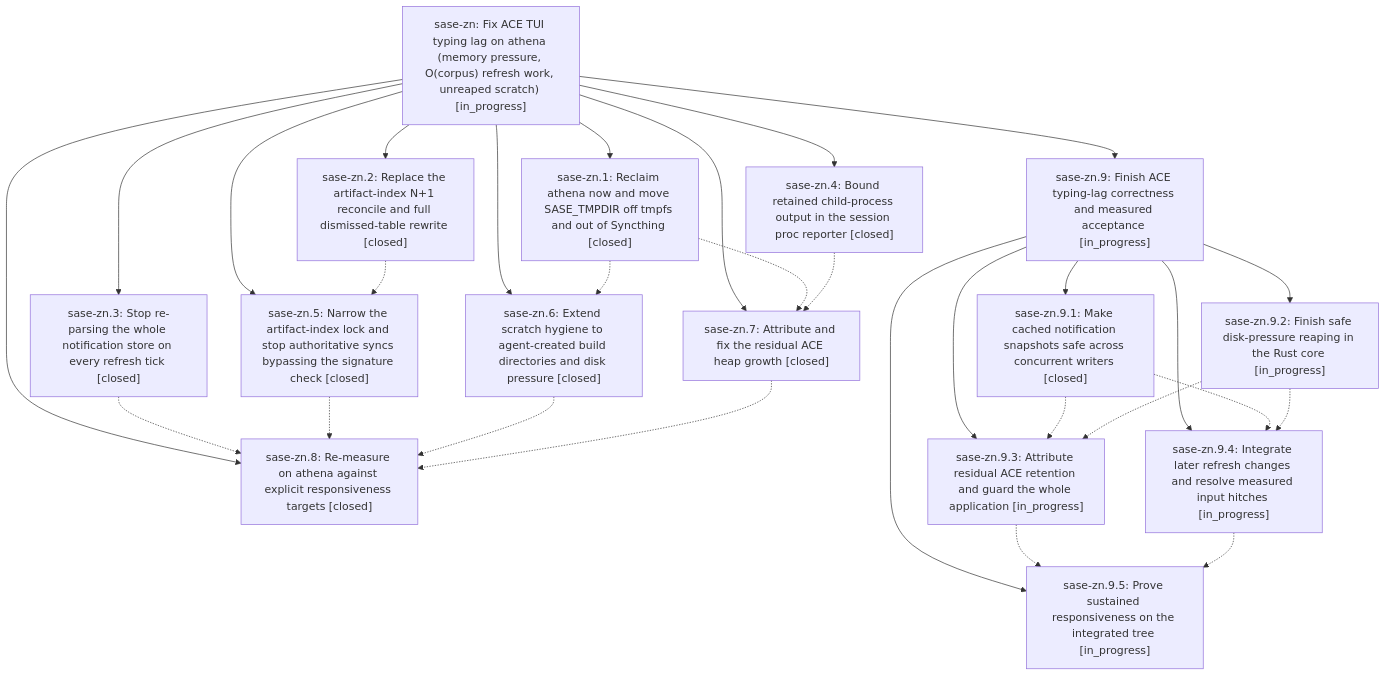
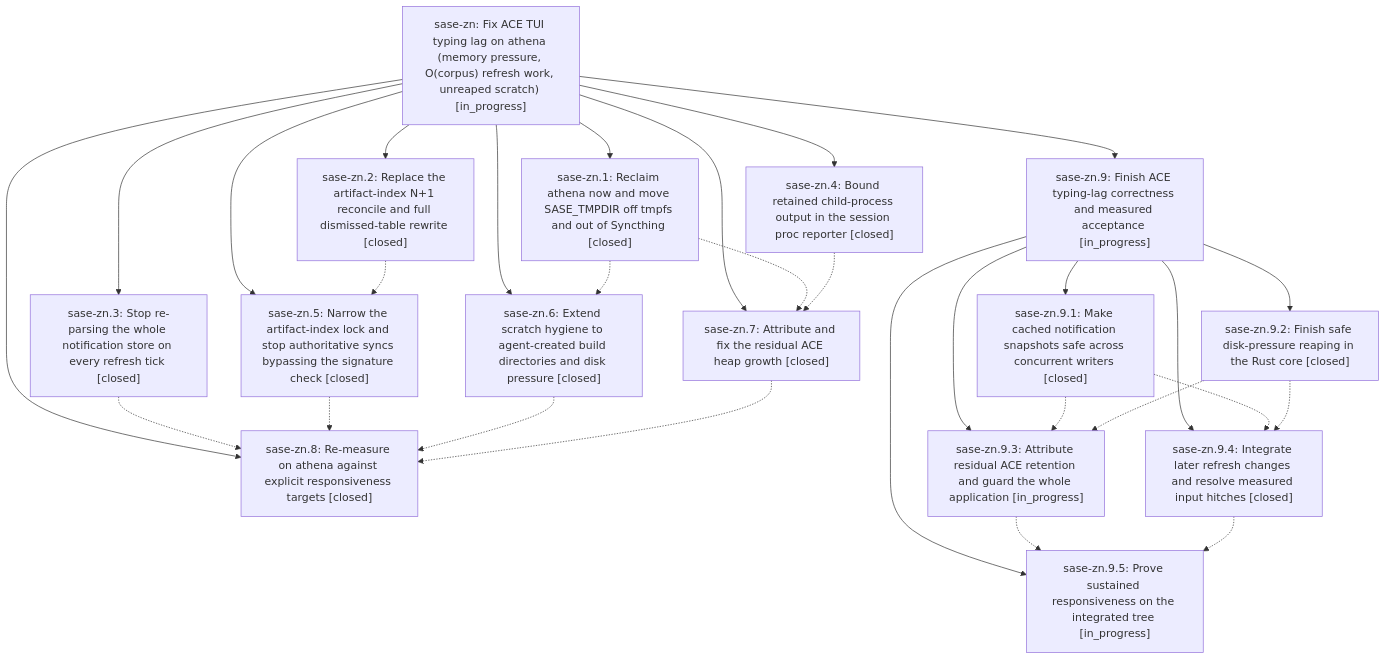
One commit to sase-org/sase--beads changed the diagram in pages/sase-zn/README.md. Above: the diagram before and after it, drawn with Mermaid. The commit also changed other lines of this file and 6 other files, not shown here.

````diff
--- a/pages/sase-zn/README.md
+++ b/pages/sase-zn/README.md
@@ -63,46 +63,46 @@
 ```mermaid
 flowchart TD
     n0["sase-zn: Fix ACE TUI typing lag on athena (memory pressure, O(corpus) refresh work, unreaped scratch) [in_progress]"]
     n1["sase-zn.1: Reclaim athena now and move SASE_TMPDIR off tmpfs and out of Syncthing [closed]"]
     n2["sase-zn.2: Replace the artifact-index N+1 reconcile and full dismissed-table rewrite [closed]"]
     n3["sase-zn.3: Stop re-parsing the whole notification store on every refresh tick [closed]"]
     n4["sase-zn.4: Bound retained child-process output in the session proc reporter [closed]"]
     n5["sase-zn.5: Narrow the artifact-index lock and stop authoritative syncs bypassing the signature check [closed]"]
     n6["sase-zn.6: Extend scratch hygiene to agent-created build directories and disk pressure [closed]"]
     n7["sase-zn.7: Attribute and fix the residual ACE heap growth [closed]"]
     n8["sase-zn.8: Re-measure on athena against explicit responsiveness targets [closed]"]
     n9["sase-zn.9: Finish ACE typing-lag correctness and measured acceptance [in_progress]"]
     n10["sase-zn.9.1: Make cached notification snapshots safe across concurrent writers [closed]"]
-    n11["sase-zn.9.2: Finish safe disk-pressure reaping in the Rust core [in_progress]"]
+    n11["sase-zn.9.2: Finish safe disk-pressure reaping in the Rust core [closed]"]
     n12["sase-zn.9.3: Attribute residual ACE retention and guard the whole application [in_progress]"]
-    n13["sase-zn.9.4: Integrate later refresh changes and resolve measured input hitches [in_progress]"]
+    n13["sase-zn.9.4: Integrate later refresh changes and resolve measured input hitches [closed]"]
     n14["sase-zn.9.5: Prove sustained responsiveness on the integrated tree [in_progress]"]
     n0 --> n1
     n0 --> n2
     n0 --> n3
     n0 --> n4
     n0 --> n5
     n0 --> n6
     n0 --> n7
     n0 --> n8
     n0 --> n9
     n9 --> n10
     n9 --> n11
     n9 --> n12
     n9 --> n13
     n9 --> n14
     n1 -.-> n6
     n1 -.-> n7
     n2 -.-> n5
     n3 -.-> n8
     n4 -.-> n7
     n5 -.-> n8
     n6 -.-> n8
     n7 -.-> n8
     n10 -.-> n12
     n10 -.-> n13
     n11 -.-> n12
     n11 -.-> n13
     n12 -.-> n14
     n13 -.-> n14
 ```
````
